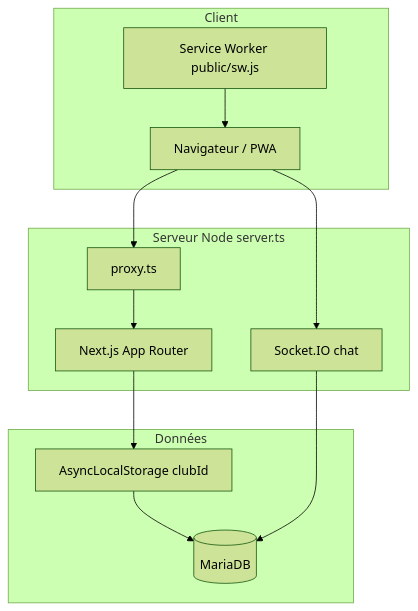
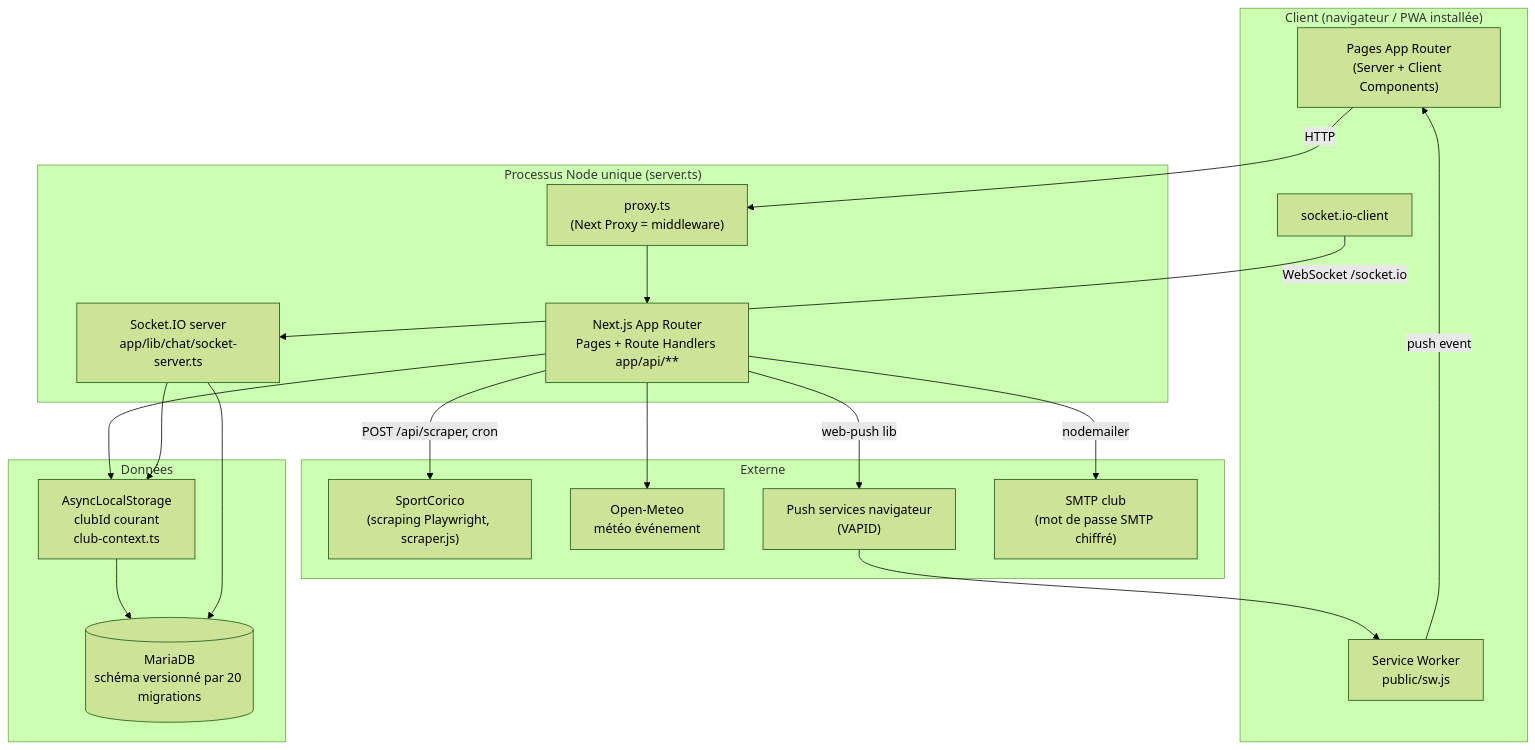
One commit to brahmiamine/afp-planning changed the first of 7 diagrams in audits/00-global-cartography.md. Above: the diagram before and after it, drawn with Mermaid (forest theme). The commit also changed other lines of this file, not shown here.

````diff
--- a/audits/00-global-cartography.md
+++ b/audits/00-global-cartography.md
@@ -30,25 +62,37 @@
 ```mermaid
 flowchart TB
-  subgraph client [Client]
-    Browser[Navigateur / PWA]
-    SW[Service Worker public/sw.js]
+  subgraph Client["Client (navigateur / PWA installée)"]
+    Browser["Pages App Router<br/>(Server + Client Components)"]
+    SW["Service Worker<br/>public/sw.js"]
+    SocketClient["socket.io-client"]
   end
 
-  subgraph server [Serveur Node server.ts]
-    Next[Next.js App Router]
-    Proxy[proxy.ts]
-    Socket[Socket.IO chat]
+  subgraph Node["Processus Node unique (server.ts)"]
+    ProxyMw["proxy.ts<br/>(Next Proxy = middleware)"]
+    NextApp["Next.js App Router<br/>Pages + Route Handlers app/api/**"]
+    SocketSrv["Socket.IO server<br/>app/lib/chat/socket-server.ts"]
   end
 
-  subgraph data [Données]
-    MariaDB[(MariaDB)]
-    ALS[AsyncLocalStorage clubId]
+  subgraph Data["Données"]
+    MariaDB[("MariaDB<br/>schéma versionné par 20 migrations")]
+    ALS["AsyncLocalStorage<br/>clubId courant<br/>club-context.ts"]
   end
 
-  Browser --> Proxy
-  Proxy --> Next
-  Browser --> Socket
-  Next --> ALS --> MariaDB
-  Socket --> MariaDB
-  SW --> Browser
+  subgraph External["Externe"]
+    SportCorico["SportCorico<br/>(scraping Playwright, scraper.js)"]
+    OpenMeteo["Open-Meteo<br/>météo événement"]
+    WebPush["Push services navigateur<br/>(VAPID)"]
+    SMTP["SMTP club<br/>(mot de passe SMTP chiffré)"]
+  end
+
+  Browser -->|HTTP| ProxyMw --> NextApp
+  SocketClient -->|WebSocket /socket.io| SocketSrv
+  SW -->|push event| Browser
+  NextApp --> ALS --> MariaDB
+  SocketSrv --> ALS
+  SocketSrv --> MariaDB
+  NextApp -->|POST /api/scraper, cron| SportCorico
+  NextApp --> OpenMeteo
+  NextApp -->|web-push lib| WebPush --> SW
+  NextApp -->|nodemailer| SMTP
 ```
````
